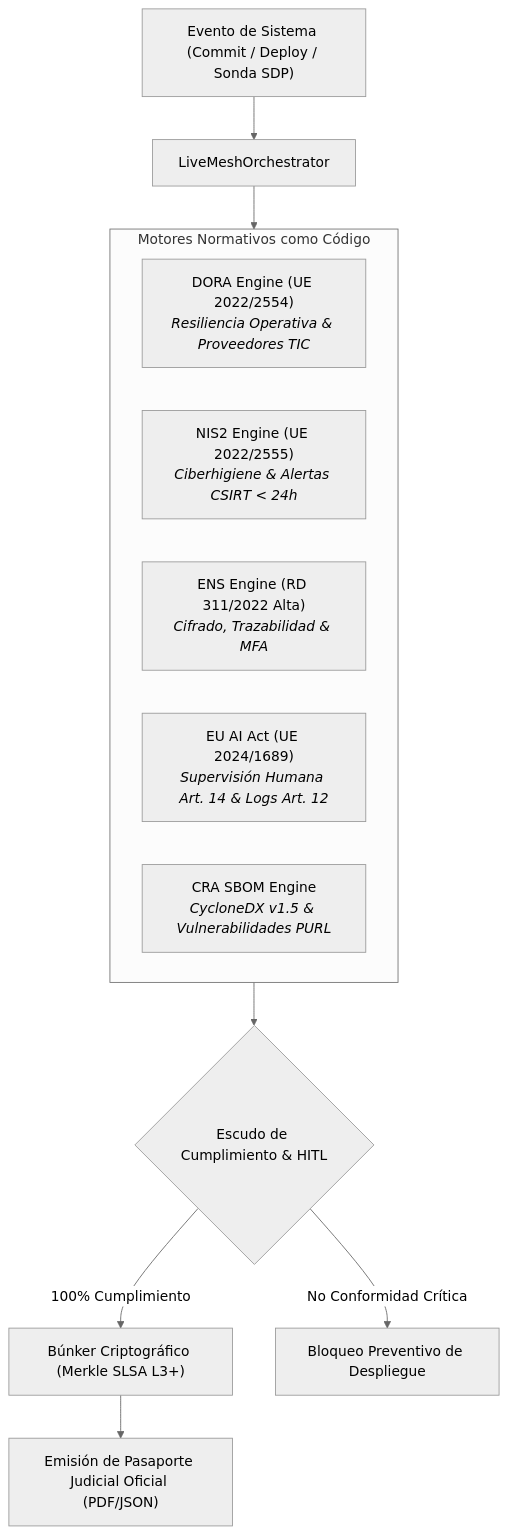
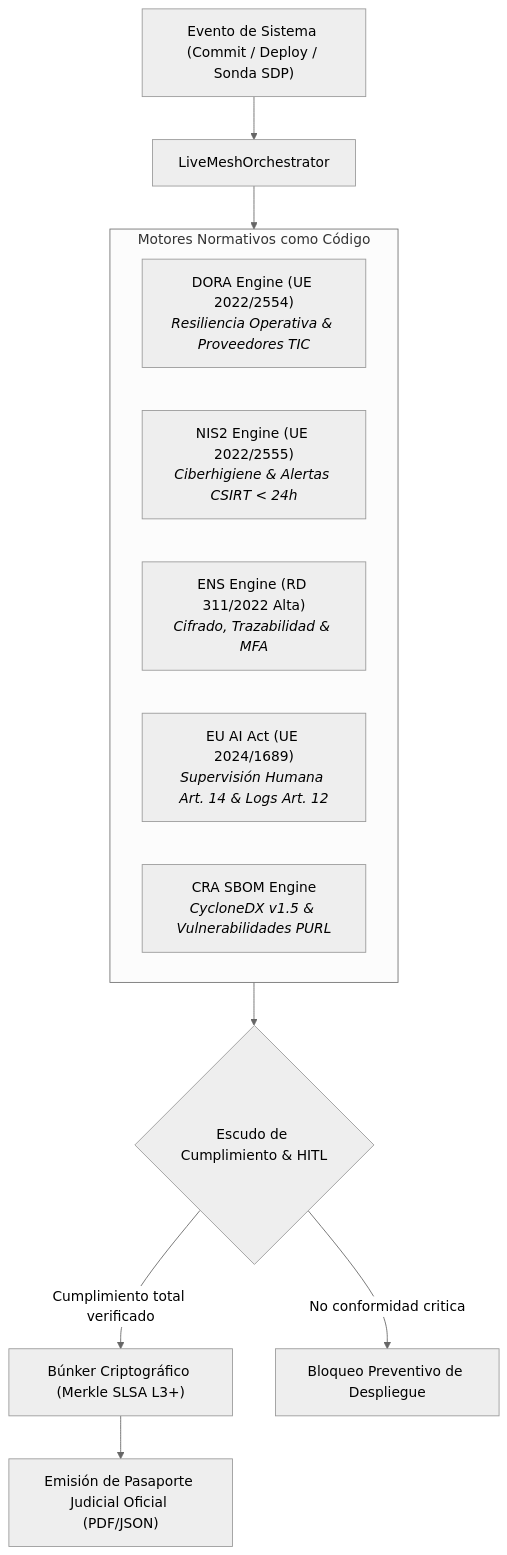
Before and after one commit to Tardigrado-76/Capgemini: the diagram in Compliance-as-Code Live Mesh/MANUAL_DE_USO.md, drawn with Mermaid (neutral theme). The commit also changed 11 other files, not shown here.

Commit message:
fix(docs): sanitize Mermaid diagram edge labels across all projects to ensure 100% GitHub rendering

````diff
--- a/Compliance-as-Code Live Mesh/MANUAL_DE_USO.md
+++ b/Compliance-as-Code Live Mesh/MANUAL_DE_USO.md
@@ -10,20 +10,20 @@
 ```mermaid
 graph TD
     SystemEvent["Evento de Sistema (Commit / Deploy / Sonda SDP)"] --> Mesh["LiveMeshOrchestrator"]
     
     subgraph RegulatoryEngines ["Motores Normativos como Código"]
         DORA["DORA Engine (UE 2022/2554)<br/><i>Resiliencia Operativa & Proveedores TIC</i>"]
         NIS2["NIS2 Engine (UE 2022/2555)<br/><i>Ciberhigiene & Alertas CSIRT < 24h</i>"]
         ENS["ENS Engine (RD 311/2022 Alta)<br/><i>Cifrado, Trazabilidad & MFA</i>"]
         AIACT["EU AI Act (UE 2024/1689)<br/><i>Supervisión Humana Art. 14 & Logs Art. 12</i>"]
         CRA["CRA SBOM Engine<br/><i>CycloneDX v1.5 & Vulnerabilidades PURL</i>"]
     end
 
     Mesh --> RegulatoryEngines
     RegulatoryEngines --> Shield{"Escudo de Cumplimiento & HITL"}
     
-    Shield -->|100% Cumplimiento| Bunker["Búnker Criptográfico (Merkle SLSA L3+)"]
-    Shield -->|No Conformidad Crítica| Block["Bloqueo Preventivo de Despliegue"]
+    Shield -->|Cumplimiento total verificado| Bunker["Búnker Criptográfico (Merkle SLSA L3+)"]
+    Shield -->|No conformidad critica| Block["Bloqueo Preventivo de Despliegue"]
     
     Bunker --> Passport["Emisión de Pasaporte Judicial Oficial (PDF/JSON)"]
 ```
````
